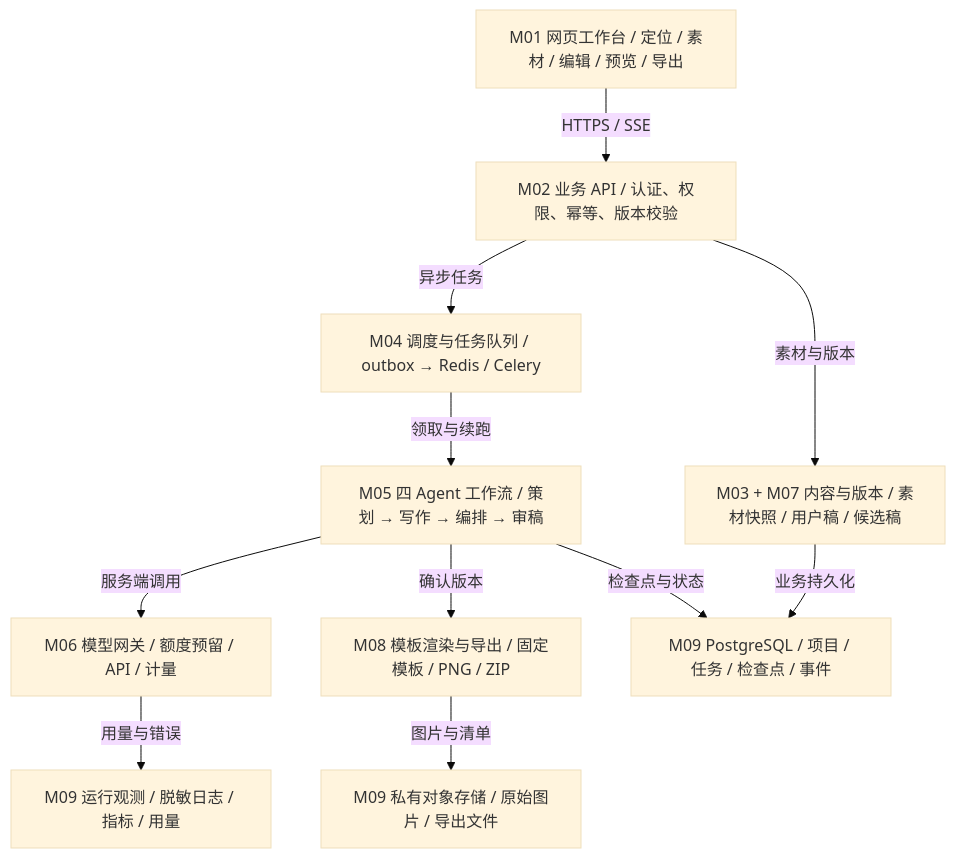
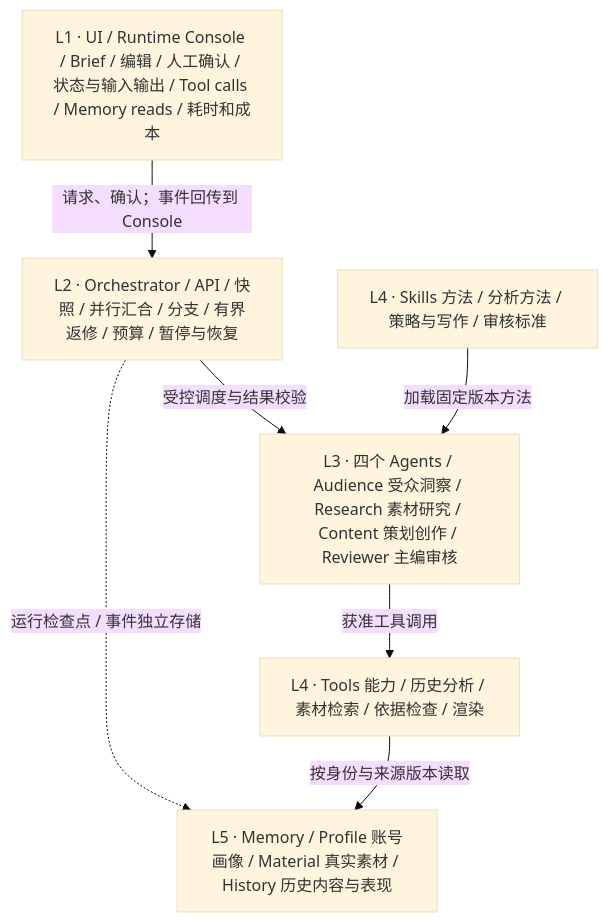
Before and after one commit to xinruilan612/RED: the diagram in docs/design/diagrams/architecture.mmd, drawn with Mermaid (base theme). The commit also changed 20 other files, not shown here.

```diff
--- a/docs/design/diagrams/architecture.mmd
+++ b/docs/design/diagrams/architecture.mmd
@@ -1,21 +1,13 @@
 flowchart TD
-    web["M01 网页工作台 / 定位 / 素材 / 编辑 / 预览 / 导出"]
-    api["M02 业务 API / 认证、权限、幂等、版本校验"]
-    project["M03 + M07 内容与版本 / 素材快照 / 用户稿 / 候选稿"]
-    queue["M04 调度与任务队列 / outbox → Redis / Celery"]
-    worker["M05 四 Agent 工作流 / 策划 → 写作 → 编排 → 审稿"]
-    model["M06 模型网关 / 额度预留 / API / 计量"]
-    render["M08 模板渲染与导出 / 固定模板 / PNG / ZIP"]
-    data["M09 PostgreSQL / 项目 / 任务 / 检查点 / 事件"]
-    files["M09 私有对象存储 / 原始图片 / 导出文件"]
-    observe["M09 运行观测 / 脱敏日志 / 指标 / 用量"]
-    web -->|"HTTPS / SSE"| api
-    api -->|"素材与版本"| project
-    api -->|"异步任务"| queue
-    queue -->|"领取与续跑"| worker
-    worker -->|"服务端调用"| model
-    worker -->|"确认版本"| render
-    project -->|"业务持久化"| data
-    worker -->|"检查点与状态"| data
-    render -->|"图片与清单"| files
-    model -->|"用量与错误"| observe
+    L1["L1 · UI / Runtime Console / Brief / 编辑 / 人工确认 / 状态与输入输出 / Tool calls / Memory reads / 耗时和成本"]
+    L2["L2 · Orchestrator / API / 快照 / 并行汇合 / 分支 / 有界返修 / 预算 / 暂停与恢复"]
+    L3["L3 · 四个 Agents / Audience 受众洞察 / Research 素材研究 / Content 策划创作 / Reviewer 主编审核"]
+    tools["L4 · Tools 能力 / 历史分析 / 素材检索 / 依据检查 / 渲染"]
+    skills["L4 · Skills 方法 / 分析方法 / 策略与写作 / 审核标准"]
+    L5["L5 · Memory / Profile 账号画像 / Material 真实素材 / History 历史内容与表现"]
+    L1 -->|"请求、确认；事件回传到 Console"| L2
+    L2 -->|"受控调度与结果校验"| L3
+    L3 -->|"获准工具调用"| tools
+    skills -->|"加载固定版本方法"| L3
+    tools -->|"按身份与来源版本读取"| L5
+    L2 -.->|"运行检查点 / 事件独立存储"| L5
```
